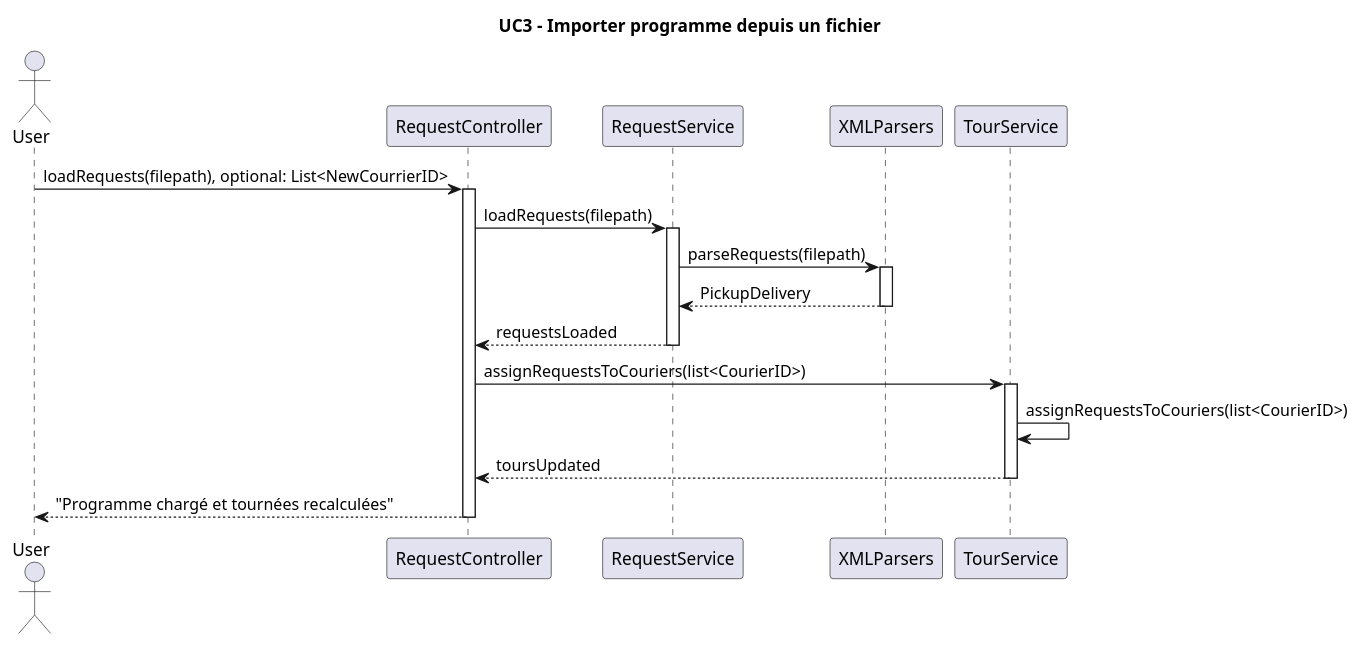
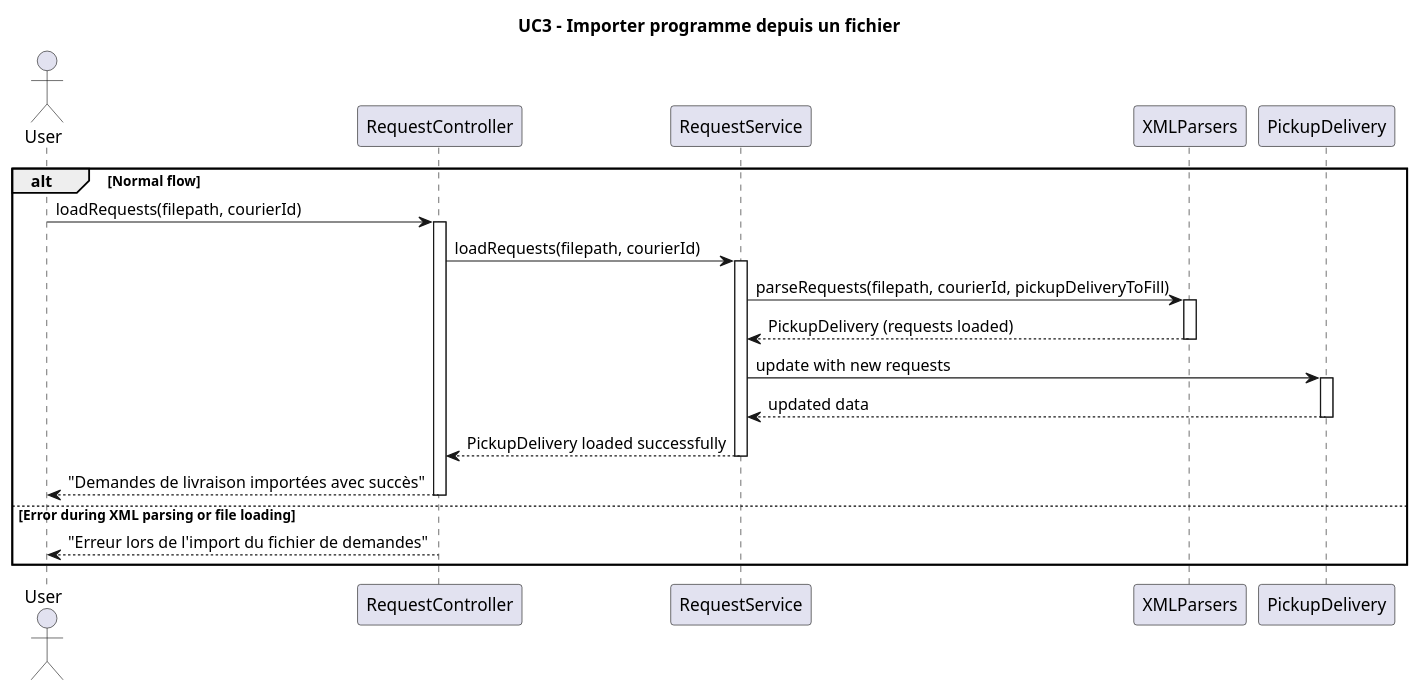
Before and after one commit to enzo-dosanjos/Pickup_Delivery_App: the diagram in diagrams/diagramUC3.plantuml, drawn with PlantUML. The commit also changed 13 other files, not shown here.

```diff
--- a/diagrams/diagramUC3.plantuml
+++ b/diagrams/diagramUC3.plantuml
@@ -1,32 +1,36 @@
 @startuml
-title UC3 - Importer programme depuis un fichier
+title UC3 – Importer programme depuis un fichier
 
 actor User
 participant "RequestController" as RC
 participant "RequestService" as RS
 participant "XMLParsers" as XP
-participant "TourService" as TS
+participant "PickupDelivery" as PD
 
-User -> RC : loadRequests(filepath), optional: List<NewCourrierID>
-activate RC
+alt Normal flow
+    User -> RC : loadRequests(filepath, courierId)
+    activate RC
 
-RC -> RS : loadRequests(filepath)
-activate RS
+    RC -> RS : loadRequests(filepath, courierId)
+    activate RS
 
-RS -> XP : parseRequests(filepath)
-activate XP
-XP --> RS : PickupDelivery
-deactivate XP
+        RS -> XP : parseRequests(filepath, courierId, pickupDeliveryToFill)
+        activate XP
+        XP --> RS : PickupDelivery (requests loaded)
+        deactivate XP
 
-RS --> RC : requestsLoaded
-deactivate RS
+        RS -> PD : update with new requests
+        activate PD
+        PD --> RS : updated data
+        deactivate PD
 
-RC -> TS : assignRequestsToCouriers(list<CourierID>)
-activate TS
-TS -> TS : assignRequestsToCouriers(list<CourierID>)
-TS --> RC : toursUpdated
-deactivate TS
+    RS --> RC : PickupDelivery loaded successfully
+    deactivate RS
 
-RC --> User : "Programme chargé et tournées recalculées"
-deactivate RC
+    RC --> User : "Demandes de livraison importées avec succès"
+    deactivate RC
+
+else Error during XML parsing or file loading
+    RC --> User : "Erreur lors de l'import du fichier de demandes"
+end
 @enduml
```
